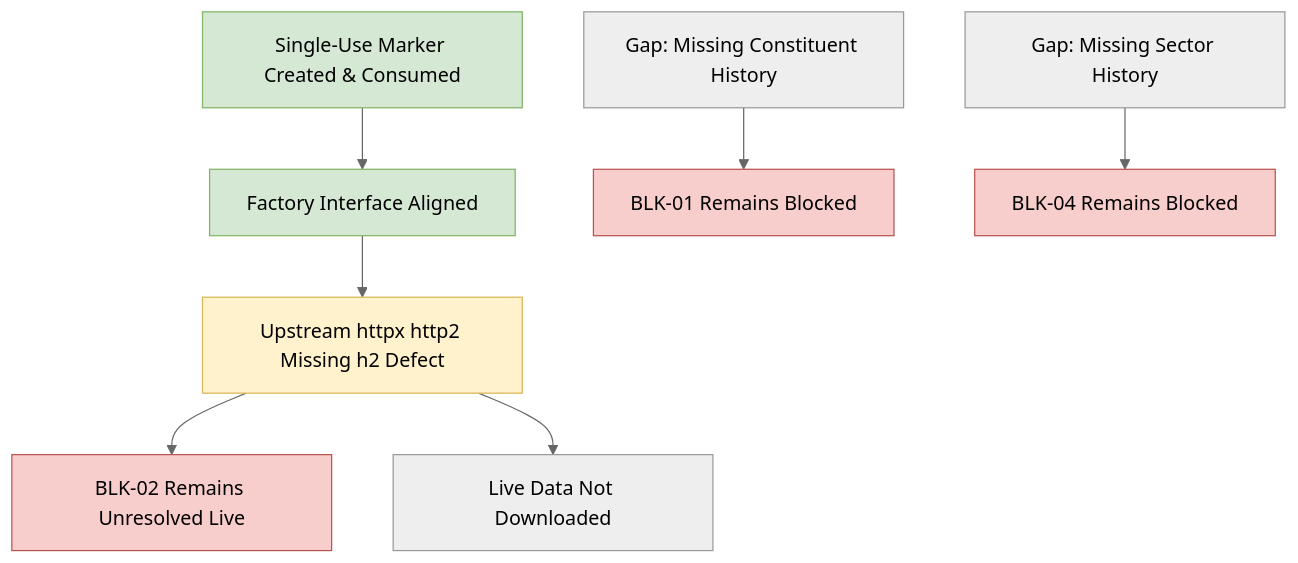
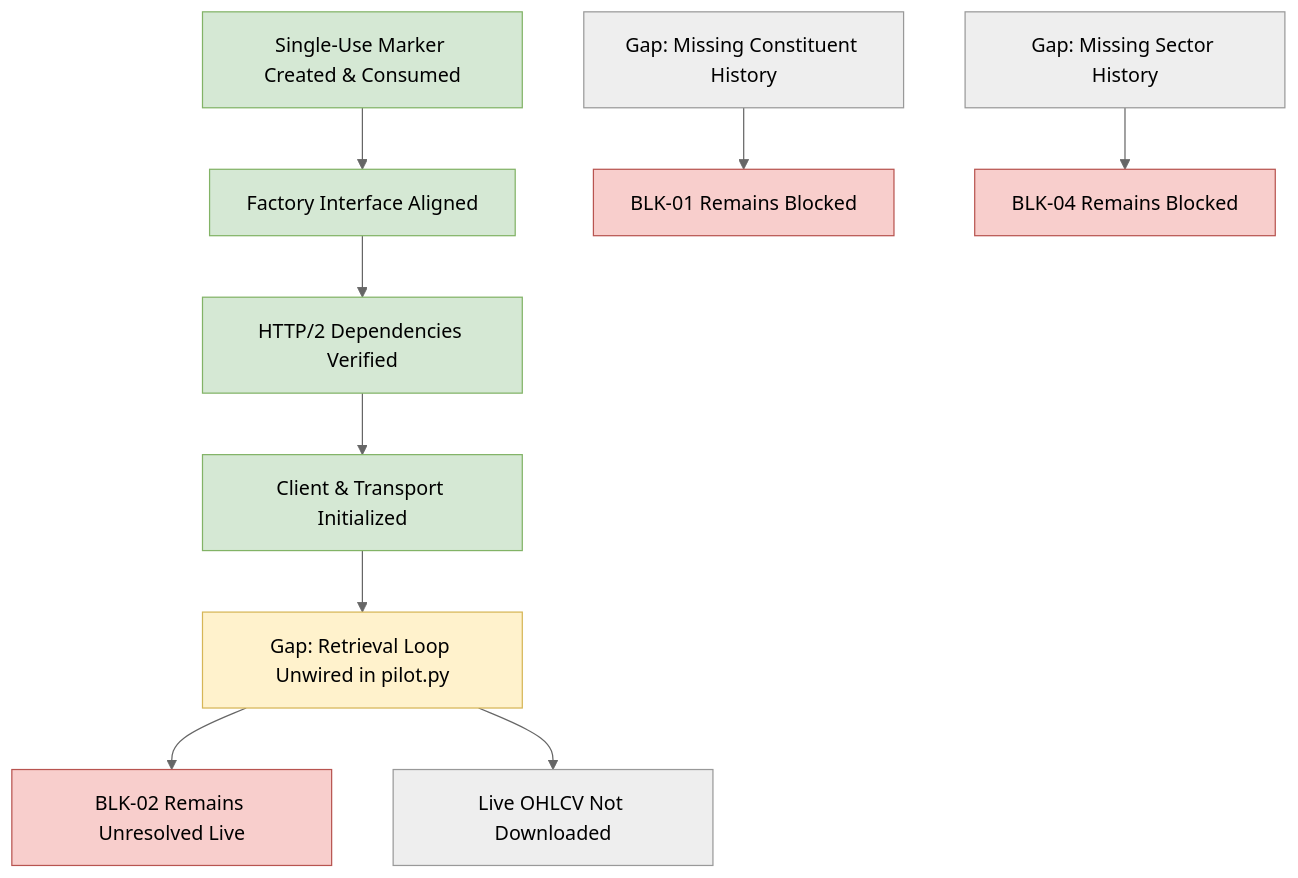
One commit to rkchhabda/aarambh changed the diagram in docs/PHASE7_NSE_FIVE_STOCK_GAP_ANALYSIS.md. Above: the diagram before and after it, drawn with Mermaid (neutral theme). The commit also changed other lines of this file and 5 other files, not shown here.

````diff
--- a/docs/PHASE7_NSE_FIVE_STOCK_GAP_ANALYSIS.md
+++ b/docs/PHASE7_NSE_FIVE_STOCK_GAP_ANALYSIS.md
@@ -22,17 +22,21 @@
 ```mermaid
 flowchart TD
     D1[Single-Use Marker Created & Consumed] --> F1[Factory Interface Aligned]
-    F1 --> H1[Upstream httpx http2 Missing h2 Defect]
-    H1 --> B1[BLK-02 Remains Unresolved Live]
-    H1 --> B2[Live Data Not Downloaded]
+    F1 --> H1[HTTP/2 Dependencies Verified]
+    H1 --> C1[Client & Transport Initialized]
+    C1 --> G3[Gap: Retrieval Loop Unwired in pilot.py]
+    G3 --> B1[BLK-02 Remains Unresolved Live]
+    G3 --> B2[Live OHLCV Not Downloaded]
     
     G1[Gap: Missing Constituent History] --> B3[BLK-01 Remains Blocked]
     G2[Gap: Missing Sector History] --> B4[BLK-04 Remains Blocked]
     
     style D1 fill:#d5e8d4,stroke:#82b366
     style F1 fill:#d5e8d4,stroke:#82b366
-    style H1 fill:#fff2cc,stroke:#d6b656
+    style H1 fill:#d5e8d4,stroke:#82b366
+    style C1 fill:#d5e8d4,stroke:#82b366
+    style G3 fill:#fff2cc,stroke:#d6b656
     style B1 fill:#f8cecc,stroke:#b85450
     style B3 fill:#f8cecc,stroke:#b85450
     style B4 fill:#f8cecc,stroke:#b85450
 ```
````
